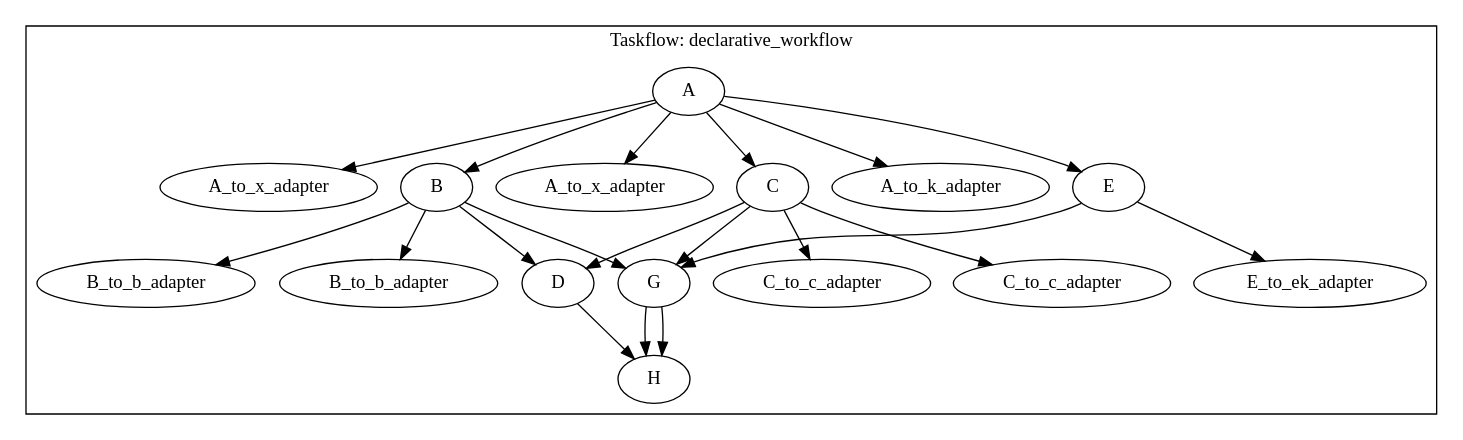
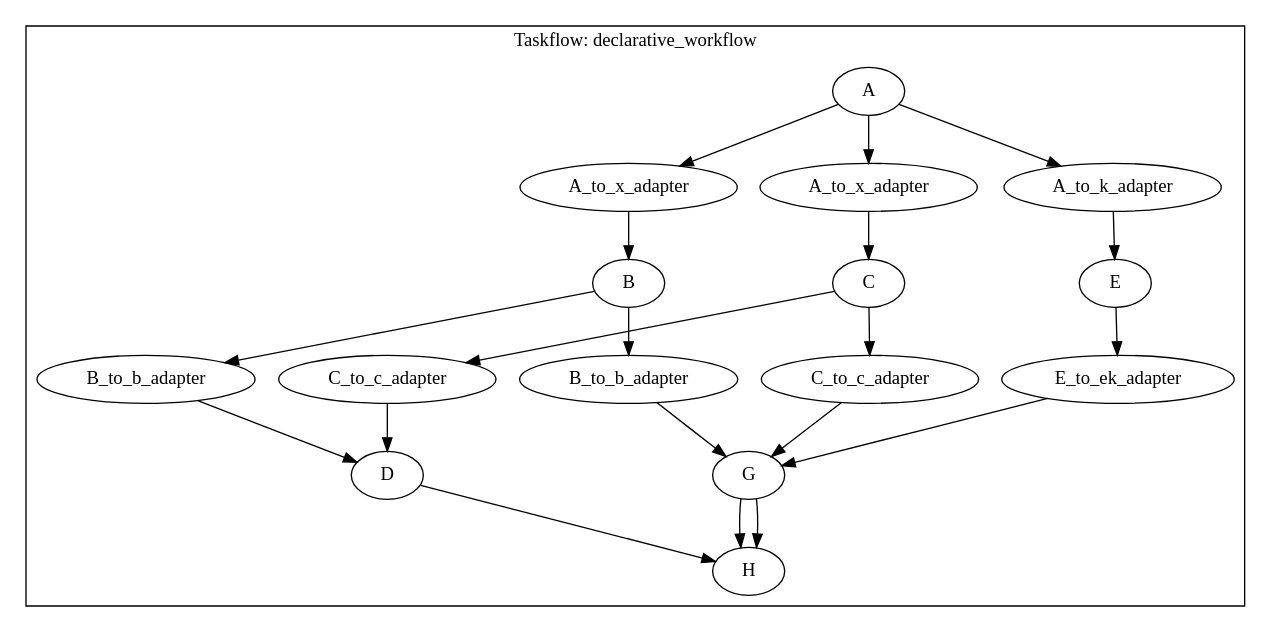
The diagram in workflow/KEY_BASED_API.md (Mapoet/taskflow), drawn with Graphviz before and after one commit. The commit also changed 2 other files, not shown here.

Commit message:
Refactor workflow node dependencies to prioritize adapter tasks over source tasks. Update documentation and examples to reflect changes in the task registration process, enhancing the clarity of dependency management in the GraphBuilder class.

````diff
--- a/workflow/KEY_BASED_API.md
+++ b/workflow/KEY_BASED_API.md
@@ -165,41 +165,41 @@
 ```dot
 digraph Taskflow {
-subgraph cluster_p0x7fff691ce000 {
+subgraph cluster_p0x7fffe371dd60 {
 label="Taskflow: declarative_workflow";
-p0x570acb8fa670[label="A" ];
-p0x570acb8fa670 -> p0x570acb8fa750;
-p0x570acb8fa670 -> p0x570acb8fadd0;
-p0x570acb8fa670 -> p0x570acb8faeb0;
-p0x570acb8fa670 -> p0x570acb8fb600;
-p0x570acb8fa670 -> p0x570acb8fb6e0;
-p0x570acb8fa670 -> p0x570acb8fbe50;
-p0x570acb8fa750[label="A_to_x_adapter" ];
-p0x570acb8fadd0[label="B" ];
-p0x570acb8fadd0 -> p0x570acb8fc0e0;
-p0x570acb8fadd0 -> p0x570acb8fc910;
-p0x570acb8fadd0 -> p0x570acb8fcbe0;
-p0x570acb8fadd0 -> p0x570acb8fda30;
-p0x570acb8faeb0[label="A_to_x_adapter" ];
-p0x570acb8fb600[label="C" ];
-p0x570acb8fb600 -> p0x570acb8fbfc0;
-p0x570acb8fb600 -> p0x570acb8fc910;
-p0x570acb8fb600 -> p0x570acb8fcd00;
-p0x570acb8fb600 -> p0x570acb8fda30;
-p0x570acb8fb6e0[label="A_to_k_adapter" ];
-p0x570acb8fbe50[label="E" ];
-p0x570acb8fbe50 -> p0x570acb8fcac0;
-p0x570acb8fbe50 -> p0x570acb8fda30;
-p0x570acb8fbfc0[label="C_to_c_adapter" ];
-p0x570acb8fc0e0[label="B_to_b_adapter" ];
-p0x570acb8fc910[label="D" ];
-p0x570acb8fc910 -> p0x570acb8fdbe0;
-p0x570acb8fcac0[label="E_to_ek_adapter" ];
-p0x570acb8fcbe0[label="B_to_b_adapter" ];
-p0x570acb8fcd00[label="C_to_c_adapter" ];
-p0x570acb8fda30[label="G" ];
-p0x570acb8fda30 -> p0x570acb8fdbe0;
-p0x570acb8fda30 -> p0x570acb8fdbe0;
-p0x570acb8fdbe0[label="H" ];
+p0x582cdb3c1670[label="A" ];
+p0x582cdb3c1670 -> p0x582cdb3c1750;
+p0x582cdb3c1670 -> p0x582cdb3c1f60;
+p0x582cdb3c1670 -> p0x582cdb3c2790;
+p0x582cdb3c1750[label="A_to_x_adapter" ];
+p0x582cdb3c1750 -> p0x582cdb3c1e80;
+p0x582cdb3c1e80[label="B" ];
+p0x582cdb3c1e80 -> p0x582cdb3c31c0;
+p0x582cdb3c1e80 -> p0x582cdb3c3d40;
+p0x582cdb3c1f60[label="A_to_x_adapter" ];
+p0x582cdb3c1f60 -> p0x582cdb3c26b0;
+p0x582cdb3c26b0[label="C" ];
+p0x582cdb3c26b0 -> p0x582cdb3c3060;
+p0x582cdb3c26b0 -> p0x582cdb3c3e60;
+p0x582cdb3c2790[label="A_to_k_adapter" ];
+p0x582cdb3c2790 -> p0x582cdb3c2ef0;
+p0x582cdb3c2ef0[label="E" ];
+p0x582cdb3c2ef0 -> p0x582cdb3c3be0;
+p0x582cdb3c3060[label="C_to_c_adapter" ];
+p0x582cdb3c3060 -> p0x582cdb3c3a30;
+p0x582cdb3c31c0[label="B_to_b_adapter" ];
+p0x582cdb3c31c0 -> p0x582cdb3c3a30;
+p0x582cdb3c3a30[label="D" ];
+p0x582cdb3c3a30 -> p0x582cdb3c4cf0;
+p0x582cdb3c3be0[label="E_to_ek_adapter" ];
+p0x582cdb3c3be0 -> p0x582cdb3c4b90;
+p0x582cdb3c3d40[label="B_to_b_adapter" ];
+p0x582cdb3c3d40 -> p0x582cdb3c4b90;
+p0x582cdb3c3e60[label="C_to_c_adapter" ];
+p0x582cdb3c3e60 -> p0x582cdb3c4b90;
+p0x582cdb3c4b90[label="G" ];
+p0x582cdb3c4b90 -> p0x582cdb3c4cf0;
+p0x582cdb3c4b90 -> p0x582cdb3c4cf0;
+p0x582cdb3c4cf0[label="H" ];
 }
 }
 ```
````
